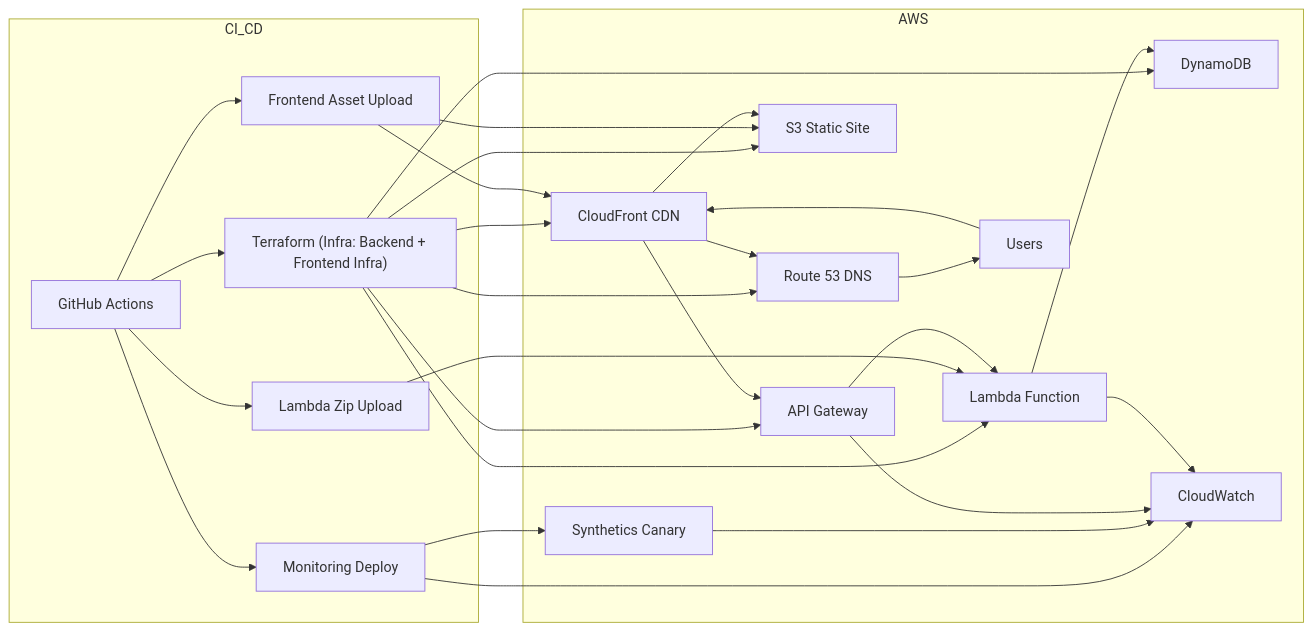
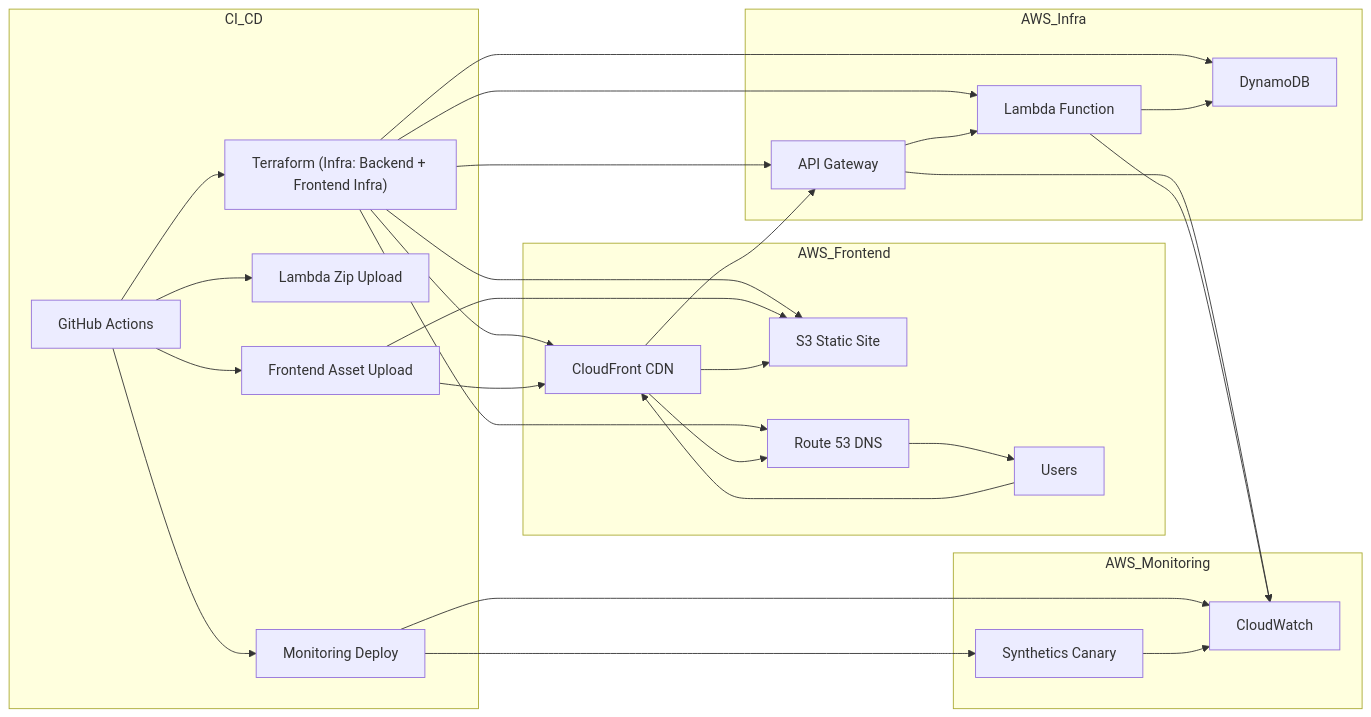
One commit to hybridmulticloud/overview changed the sixth of 6 diagrams in README_9.md. Above: the diagram before and after it, drawn with Mermaid.

````diff
--- a/README_9.md
+++ b/README_9.md
@@ -142,39 +142,40 @@
 ```mermaid
 flowchart LR
   GH[GitHub Actions]
 
   subgraph CI_CD
     GH --> TF["Terraform (Infra: Backend + Frontend Infra)"]
     GH --> LD["Lambda Zip Upload"]
     GH --> FD["Frontend Asset Upload"]
     GH --> MD["Monitoring Deploy"]
   end
 
-  subgraph AWS
+  subgraph AWS_Infra
     TF --> APIGW["API Gateway"]
     TF --> Lambda["Lambda Function"]
     TF --> DynamoDB["DynamoDB"]
+    APIGW --> Lambda
+    Lambda --> DynamoDB
+  end
+
+  subgraph AWS_Frontend
     TF --> S3["S3 Static Site"]
     TF --> CF["CloudFront CDN"]
     TF --> Route53["Route 53 DNS"]
-
-    LD --> Lambda
     FD --> S3
     FD --> CF
-    MD --> Canary["Synthetics Canary"]
-    MD --> CW["CloudWatch"]
-    Canary --> CW
-
-    APIGW --> CW
-    Lambda --> CW
-
     CF --> S3
     CF --> APIGW
     CF --> Route53
     Route53 --> User["Users"]
     User --> CF
+  end
 
-    APIGW --> Lambda
-    Lambda --> DynamoDB
+  subgraph AWS_Monitoring
+    MD --> Canary["Synthetics Canary"]
+    MD --> CW["CloudWatch"]
+    Canary --> CW
+    APIGW --> CW
+    Lambda --> CW
   end
 ```
````
